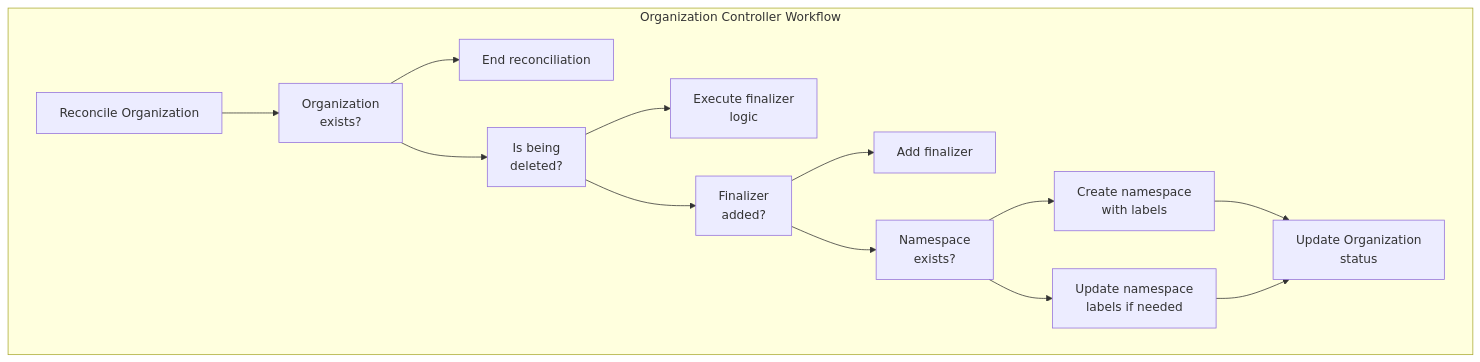
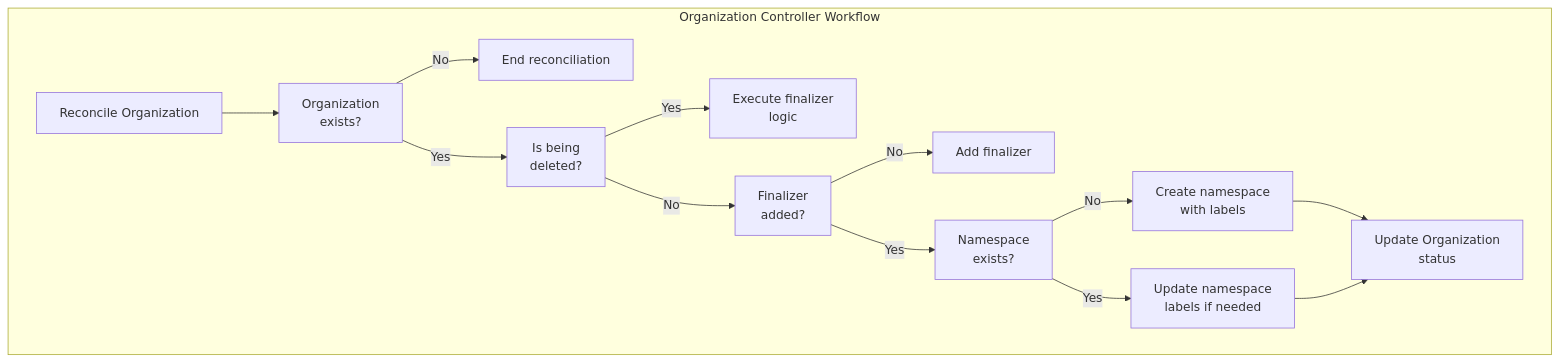
One commit to openchoreo/openchoreo changed the second of 4 diagrams in docs/deepwiki/Organizational-Resources.md. Above: the diagram before and after it, drawn with Mermaid. The commit also changed other lines of this file and 85 other files, not shown here.

Commit message:
feat: Add new workflow and specification templates, update Helm chart dependencies, and clarify documentation diagrams.

````diff
--- a/docs/deepwiki/Organizational-Resources.md
+++ b/docs/deepwiki/Organizational-Resources.md
@@ -72,40 +72,40 @@
 ```mermaid
 flowchart TD
 
 A["Reconcile Organization"]
 B["Organization<br>exists?"]
 C["End reconciliation"]
 D["Is being<br>deleted?"]
 E["Execute finalizer<br>logic"]
 F["Finalizer<br>added?"]
 G["Add finalizer"]
 H["Namespace<br>exists?"]
 I["Create namespace<br>with labels"]
 J["Update namespace<br>labels if needed"]
 K["Update Organization<br>status"]
 
 subgraph subGraph0 ["Organization Controller Workflow"]
     A
     B
     C
     D
     E
     F
     G
     H
     I
     J
     K
     A --> B
-    B --> C
-    B --> D
-    D --> E
-    D --> F
-    F --> G
-    F --> H
-    H --> I
-    H --> J
+    B -->|"No"| C
+    B -->|"Yes"| D
+    D -->|"Yes"| E
+    D -->|"No"| F
+    F -->|"No"| G
+    F -->|"Yes"| H
+    H -->|"No"| I
+    H -->|"Yes"| J
     I --> K
     J --> K
 end
 ```
````
